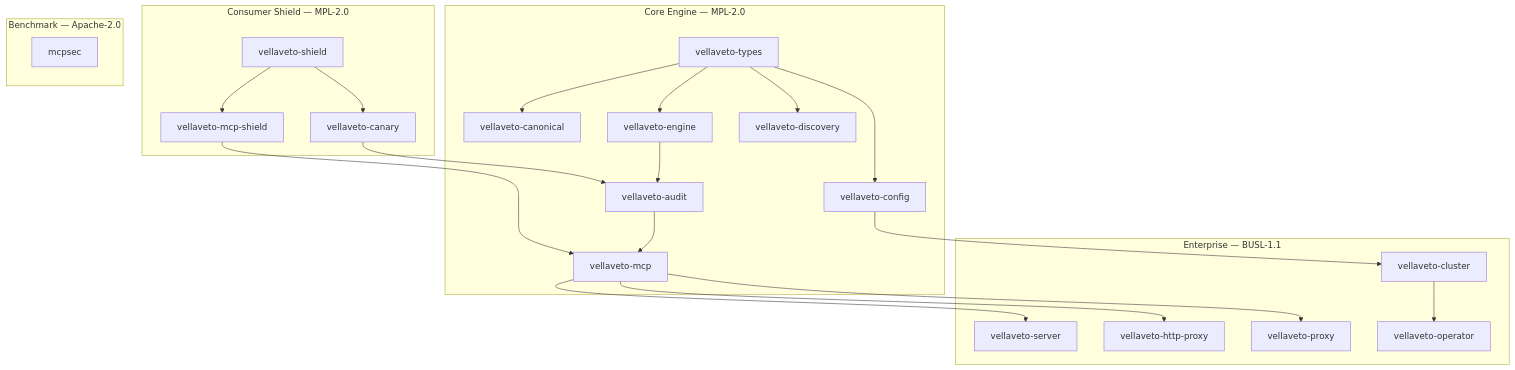
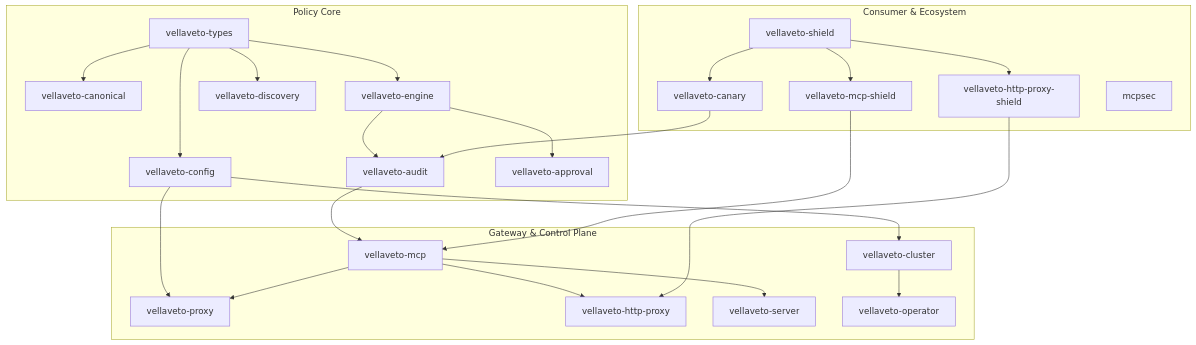
Before and after one commit to vellaveto/vellaveto: the diagram in README.md, drawn with Mermaid. The commit also changed other lines of this file and 8 other files, not shown here.

````diff
--- a/README.md
+++ b/README.md
@@ -151,31 +151,32 @@
 ```mermaid
 graph TD
-    subgraph "Consumer Shield — MPL-2.0"
-        VS[vellaveto-shield] --> MS[vellaveto-mcp-shield]
-        VS --> VC[vellaveto-canary]
-    end
-
-    subgraph "Core Engine — MPL-2.0"
+    subgraph "Policy Core"
         VT[vellaveto-types] --> VCfg[vellaveto-config]
         VT --> VCan[vellaveto-canonical]
         VT --> VE[vellaveto-engine]
         VT --> VDisc[vellaveto-discovery]
         VE --> VA[vellaveto-audit]
-        VA --> VMCP[vellaveto-mcp]
+        VE --> VAppr[vellaveto-approval]
     end
 
-    subgraph "Enterprise — BUSL-1.1"
+    subgraph "Gateway & Control Plane"
+        VA --> VMCP[vellaveto-mcp]
+        VCfg --> VP[vellaveto-proxy]
+        VMCP --> VP
+        VMCP --> VHP[vellaveto-http-proxy]
         VMCP --> VServer[vellaveto-server]
-        VMCP --> VHP[vellaveto-http-proxy]
-        VMCP --> VP[vellaveto-proxy]
         VCfg --> VCluster[vellaveto-cluster]
         VCluster --> VOp[vellaveto-operator]
     end
 
-    subgraph "Benchmark — Apache-2.0"
+    subgraph "Consumer & Ecosystem"
+        VS[vellaveto-shield] --> MS[vellaveto-mcp-shield]
+        VS --> HS[vellaveto-http-proxy-shield]
+        VS --> VC[vellaveto-canary]
         MCPSEC[mcpsec]
     end
 
     MS --> VMCP
+    HS --> VHP
     VC --> VA
 ```
````
